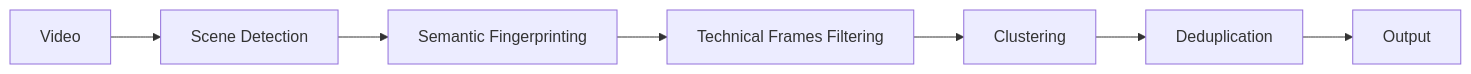
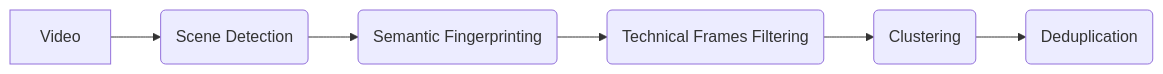
The first of 2 diagrams in README.md (HQarroum/piaggio), drawn with Mermaid before and after one commit. The commit also changed other lines of this file, not shown here.

````diff
--- a/README.md
+++ b/README.md
@@ -48,9 +54,8 @@
 ```mermaid
 graph LR
-	A[Video] --> B[Scene Detection]
-	B --> C[Semantic Fingerprinting]
-	C --> D[Technical Frames Filtering]
-	D --> E[Clustering]
-	E --> F[Deduplication]
-	F --> G[Output]
+	A[Video] --> B(Scene Detection)
+	B --> C(Semantic Fingerprinting)
+	C --> D(Technical Frames Filtering)
+	D --> E(Clustering)
+	E --> F(Deduplication)
 ```
````
